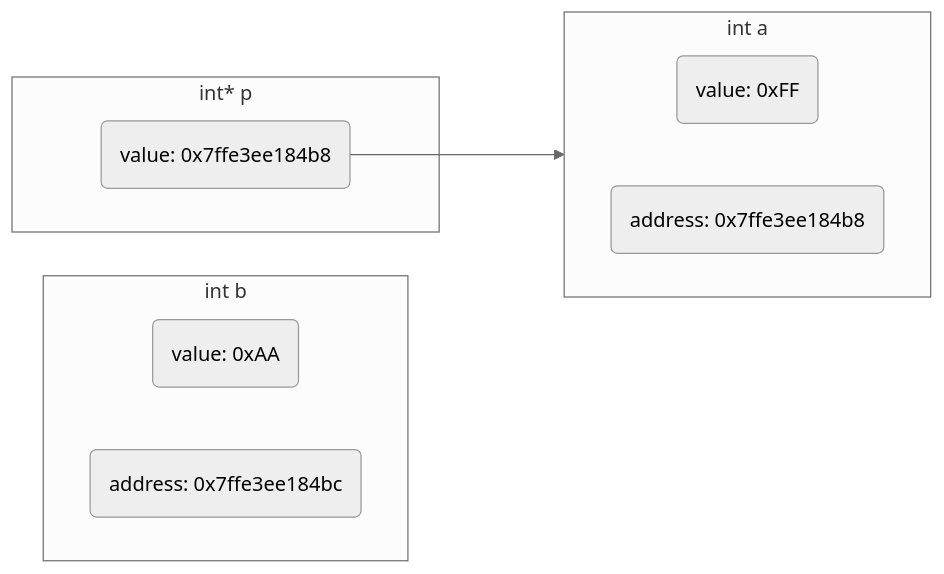
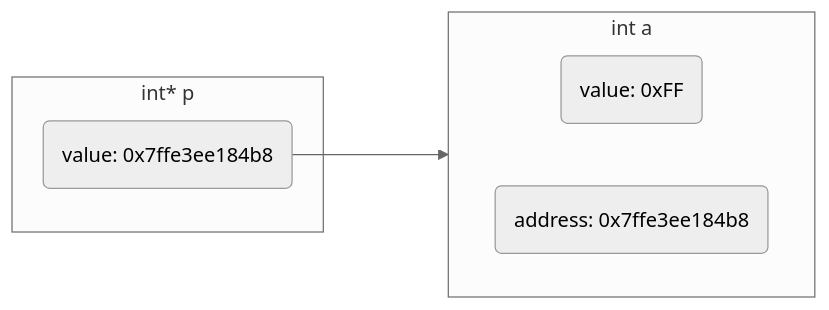
One commit to dmjcb/dmjcb.github.io changed the fourth of 11 diagrams in _posts/language/c_c++/pointer/2022-01-08-指针.md. Above: the diagram before and after it, drawn with Mermaid (neutral theme). The commit also changed other lines of this file and 40 other files, not shown here.

````diff
--- a/_posts/language/c_c++/pointer/2022-01-08-指针.md
+++ b/_posts/language/c_c++/pointer/2022-01-08-指针.md
@@ -141,18 +156,13 @@
 ```mermaid
 graph LR;
-    subgraph S3[int b]
-        direction LR
-        V3(value: 0xAA)
-        A3(address: 0x7ffe3ee184bc)
-    end
     subgraph S1[int a]
         direction LR
         V2(value: 0xFF)
         A2(address: 0x7ffe3ee184b8)
     end
     subgraph S2[int* p]
         V1(value: 0x7ffe3ee184b8)
     end
     V1--->A2
     
 ```
````
